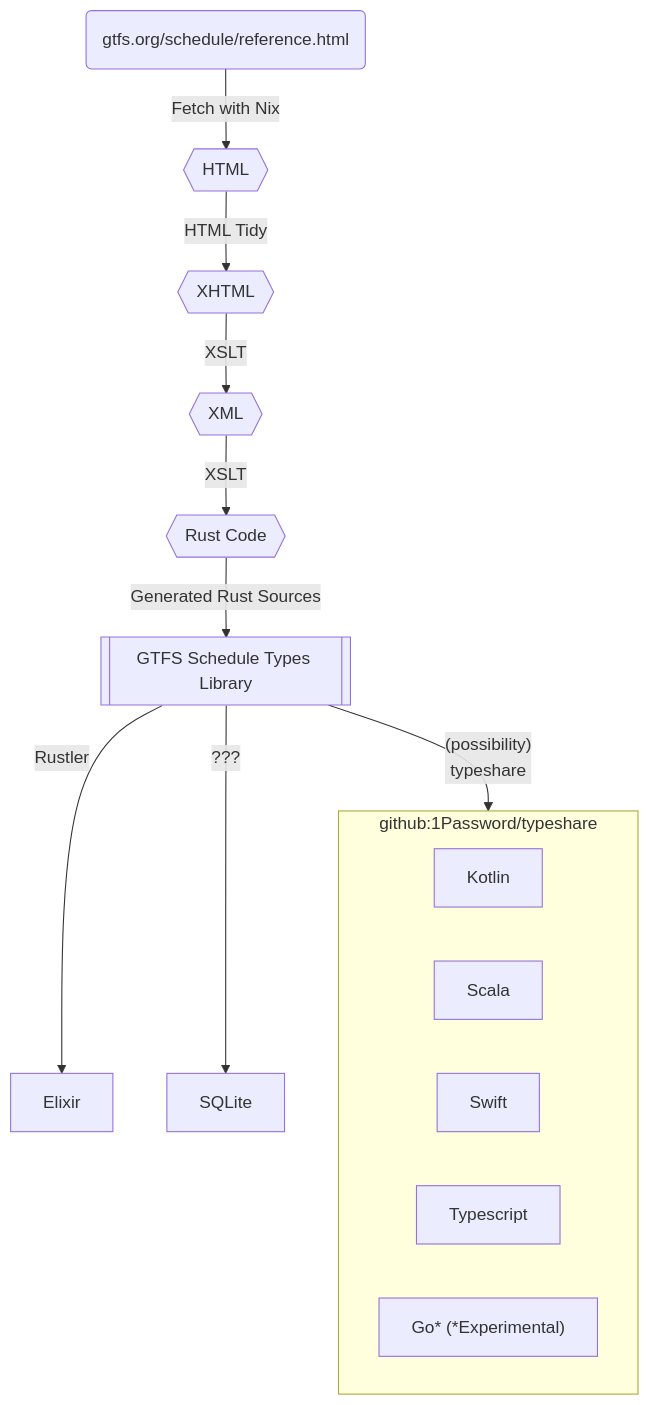
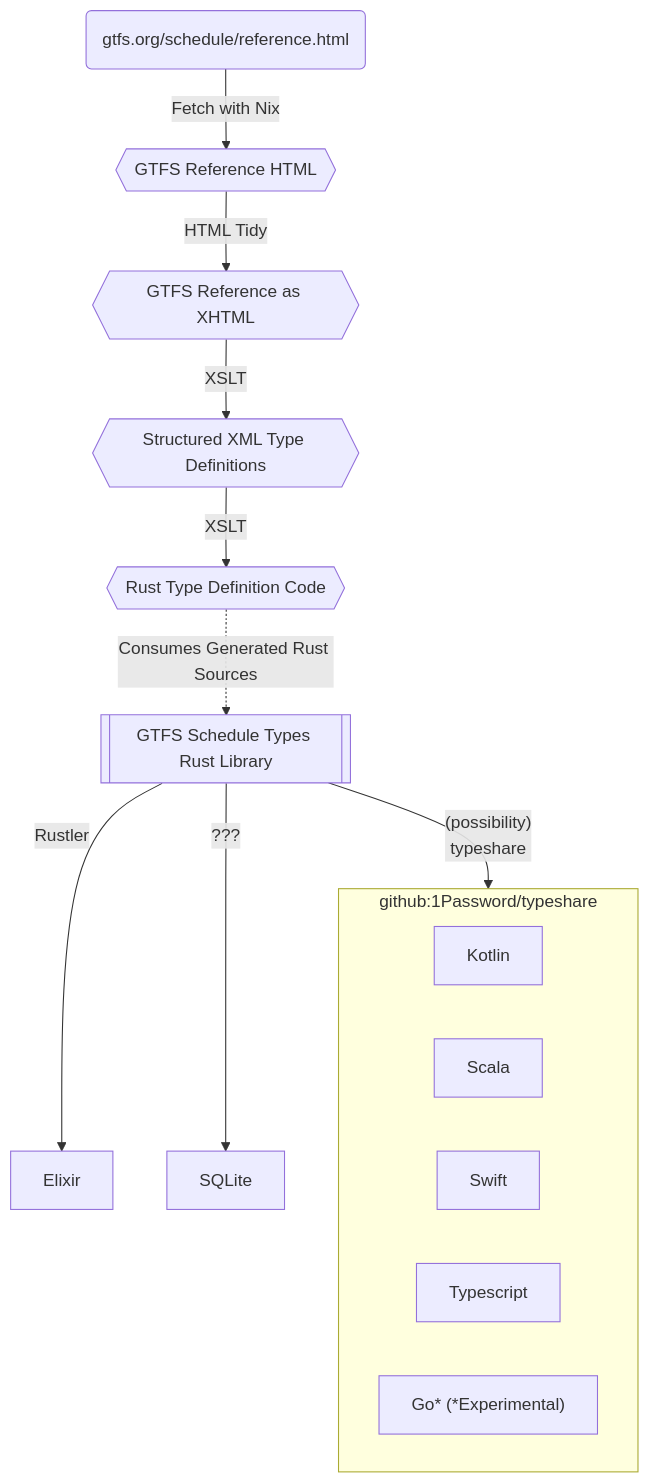
Before and after one commit to firestack/gtfs-schedule-types.nix.rs: the diagram in README.md, drawn with Mermaid.

Commit message:
doc: clarify steps in readme graph

````diff
--- a/README.md
+++ b/README.md
@@ -5,35 +5,35 @@
 ```mermaid
 flowchart TD
 	gtfs_schedule_source(gtfs.org/schedule/reference.html)
 	
 	-- Fetch with Nix -->
-		html{{HTML}}
+		html{{GTFS Reference HTML}}
 
 	-- HTML Tidy -->
-		xhtml{{XHTML}}
+		xhtml{{GTFS Reference as XHTML}}
 
 	-- XSLT -->
-		xml{{XML}}
+		xml{{Structured XML Type Definitions}}
 
 	-- XSLT -->
-		rs_sources{{Rust Code}}
+		rs_sources{{Rust Type Definition Code}}
 
-	-- Generated Rust Sources -->
-		gtfs_schedule_types_rs[[GTFS Schedule Types Library]]
+	-. Consumes Generated Rust Sources .->
+		gtfs_schedule_types_rs[[GTFS Schedule Types Rust Library]]
 
 	gtfs_schedule_types_rs -- Rustler --> Elixir
 	gtfs_schedule_types_rs -- ??? --> SQLite
 
 	subgraph typeshare ["github:1Password/typeshare"]
 		direction LR
 
 		Kotlin
 		Scala
 		Swift
 		Typescript
 		go["Go* (*Experimental)"]
 	end
 
 	gtfs_schedule_types_rs -- (possibility)\ntypeshare --> 
 		typeshare
 ```
````
